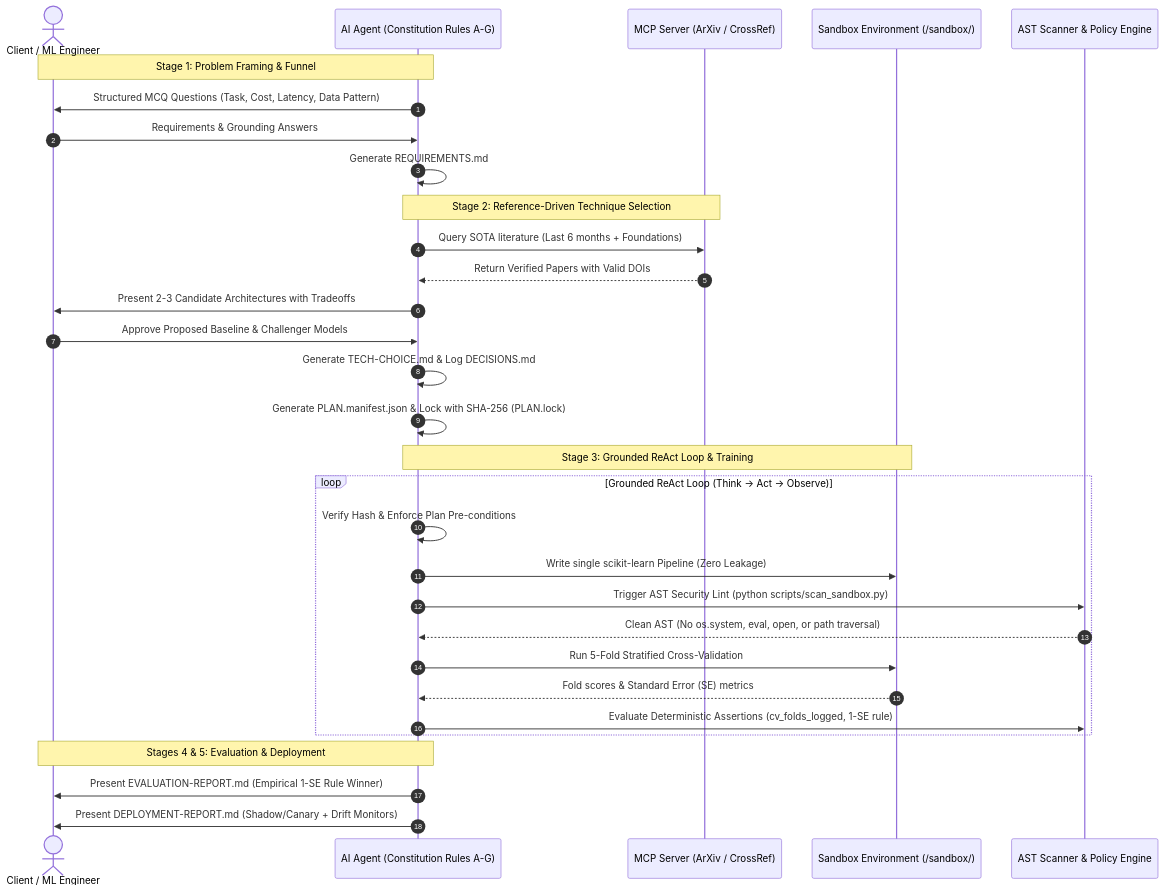
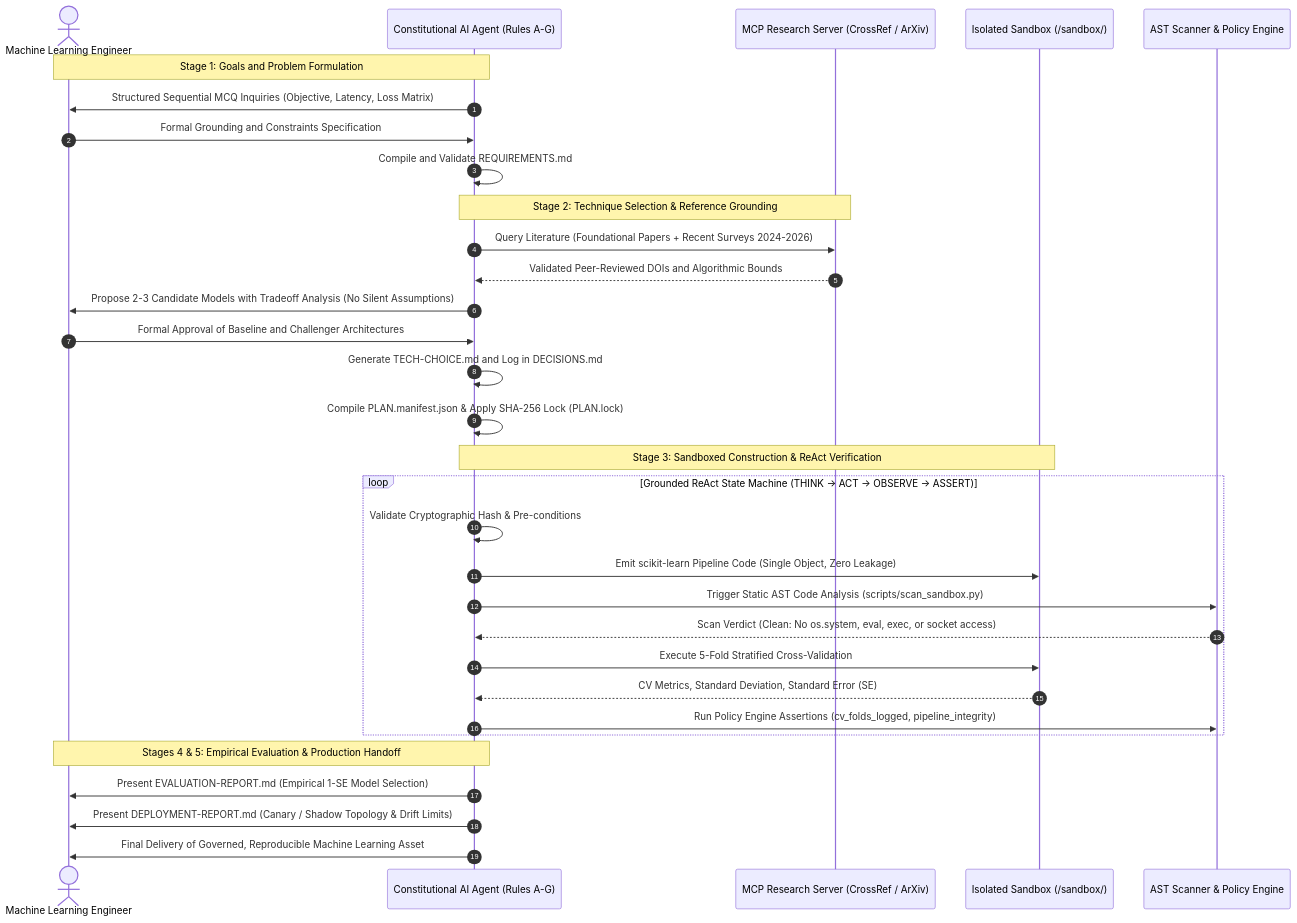
One commit to az967252-creator/ML-Model-Architect changed the first of 3 diagrams in README.md. Above: the diagram before and after it, drawn with Mermaid. The commit also changed other lines of this file, not shown here.

Commit message:
docs: redesign README with academic engineering rigor, zero emojis, and comprehensive blueprints

````diff
--- a/README.md
+++ b/README.md
@@ -109,37 +80,38 @@
 ```mermaid
 sequenceDiagram
     autonumber
-    actor User as Client / ML Engineer
-    participant Agent as AI Agent (Constitution Rules A-G)
-    participant MCP as MCP Server (ArXiv / CrossRef)
-    participant Sandbox as Sandbox Environment (/sandbox/)
+    actor User as Machine Learning Engineer
+    participant Agent as Constitutional AI Agent (Rules A-G)
+    participant MCP as MCP Research Server (CrossRef / ArXiv)
+    participant Sandbox as Isolated Sandbox (/sandbox/)
     participant AST as AST Scanner & Policy Engine
 
-    Note over User,Agent: Stage 1: Problem Framing & Funnel
-    Agent->>User: Structured MCQ Questions (Task, Cost, Latency, Data Pattern)
-    User->>Agent: Requirements & Grounding Answers
-    Agent->>Agent: Generate REQUIREMENTS.md
+    Note over User,Agent: Stage 1: Goals and Problem Formulation
+    Agent->>User: Structured Sequential MCQ Inquiries (Objective, Latency, Loss Matrix)
+    User->>Agent: Formal Grounding and Constraints Specification
+    Agent->>Agent: Compile and Validate REQUIREMENTS.md
 
-    Note over Agent,MCP: Stage 2: Reference-Driven Technique Selection
-    Agent->>MCP: Query SOTA literature (Last 6 months + Foundations)
-    MCP-->>Agent: Return Verified Papers with Valid DOIs
-    Agent->>User: Present 2-3 Candidate Architectures with Tradeoffs
-    User->>Agent: Approve Proposed Baseline & Challenger Models
-    Agent->>Agent: Generate TECH-CHOICE.md & Log DECISIONS.md
-    Agent->>Agent: Generate PLAN.manifest.json & Lock with SHA-256 (PLAN.lock)
+    Note over Agent,MCP: Stage 2: Technique Selection & Reference Grounding
+    Agent->>MCP: Query Literature (Foundational Papers + Recent Surveys 2024-2026)
+    MCP-->>Agent: Validated Peer-Reviewed DOIs and Algorithmic Bounds
+    Agent->>User: Propose 2-3 Candidate Models with Tradeoff Analysis (No Silent Assumptions)
+    User->>Agent: Formal Approval of Baseline and Challenger Architectures
+    Agent->>Agent: Generate TECH-CHOICE.md and Log in DECISIONS.md
+    Agent->>Agent: Compile PLAN.manifest.json & Apply SHA-256 Lock (PLAN.lock)
 
-    Note over Agent,Sandbox: Stage 3: Grounded ReAct Loop & Training
-    loop Grounded ReAct Loop (Think -> Act -> Observe)
-        Agent->>Agent: Verify Hash & Enforce Plan Pre-conditions
-        Agent->>Sandbox: Write single scikit-learn Pipeline (Zero Leakage)
-        Agent->>AST: Trigger AST Security Lint (python scripts/scan_sandbox.py)
-        AST-->>Agent: Clean AST (No os.system, eval, open, or path traversal)
-        Agent->>Sandbox: Run 5-Fold Stratified Cross-Validation
-        Sandbox-->>Agent: Fold scores & Standard Error (SE) metrics
-        Agent->>AST: Evaluate Deterministic Assertions (cv_folds_logged, 1-SE rule)
+    Note over Agent,Sandbox: Stage 3: Sandboxed Construction & ReAct Verification
+    loop Grounded ReAct State Machine (THINK -> ACT -> OBSERVE -> ASSERT)
+        Agent->>Agent: Validate Cryptographic Hash & Pre-conditions
+        Agent->>Sandbox: Emit scikit-learn Pipeline Code (Single Object, Zero Leakage)
+        Agent->>AST: Trigger Static AST Code Analysis (scripts/scan_sandbox.py)
+        AST-->>Agent: Scan Verdict (Clean: No os.system, eval, exec, or socket access)
+        Agent->>Sandbox: Execute 5-Fold Stratified Cross-Validation
+        Sandbox-->>Agent: CV Metrics, Standard Deviation, Standard Error (SE)
+        Agent->>AST: Run Policy Engine Assertions (cv_folds_logged, pipeline_integrity)
     end
 
-    Note over User,Agent: Stages 4 & 5: Evaluation & Deployment
-    Agent->>User: Present EVALUATION-REPORT.md (Empirical 1-SE Rule Winner)
-    Agent->>User: Present DEPLOYMENT-REPORT.md (Shadow/Canary + Drift Monitors)
+    Note over User,Agent: Stages 4 & 5: Empirical Evaluation & Production Handoff
+    Agent->>User: Present EVALUATION-REPORT.md (Empirical 1-SE Model Selection)
+    Agent->>User: Present DEPLOYMENT-REPORT.md (Canary / Shadow Topology & Drift Limits)
+    Agent->>User: Final Delivery of Governed, Reproducible Machine Learning Asset
 ```
````
